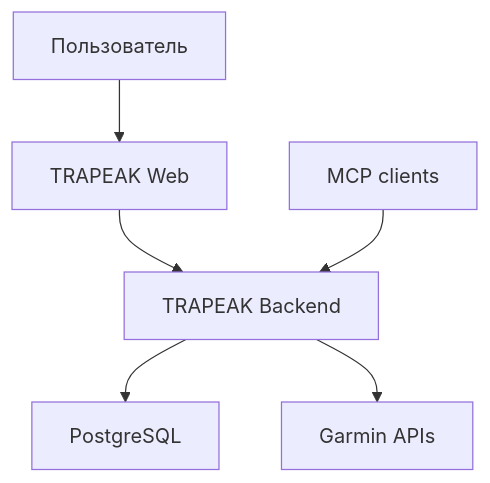
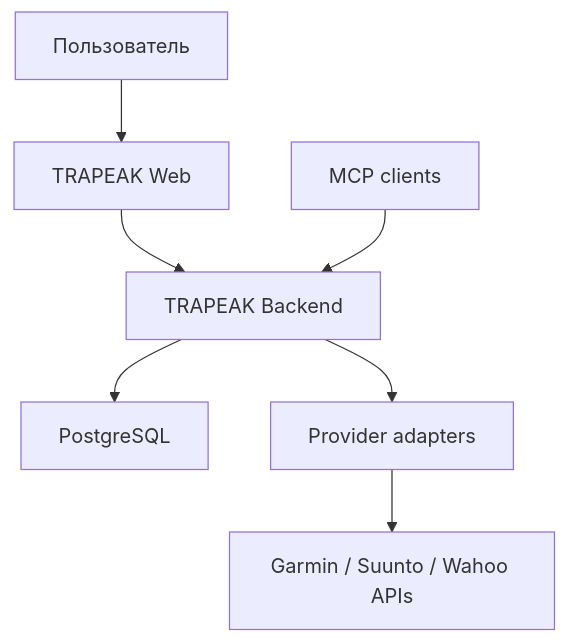
Before and after one commit to iltoky/trapeak: the diagram in docs/architecture/overview.md, drawn with Mermaid. The commit also changed other lines of this file and 30 other files, not shown here.

````diff
--- a/docs/architecture/overview.md
+++ b/docs/architecture/overview.md
@@ -7,8 +7,9 @@
 ```mermaid
 flowchart TD
     U["Пользователь"] --> W["TRAPEAK Web"]
     W --> B["TRAPEAK Backend"]
     B --> DB["PostgreSQL"]
-    B --> G["Garmin APIs"]
+    B --> P["Provider adapters"]
+    P --> G["Garmin / Suunto / Wahoo APIs"]
     M["MCP clients"] --> B
 ```
````
